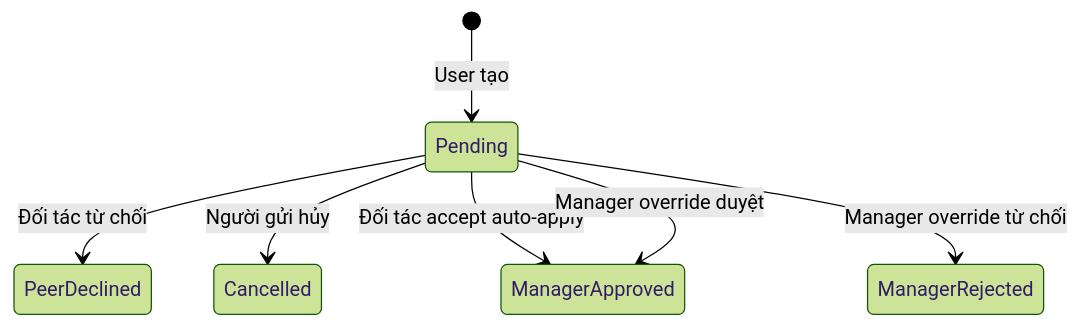
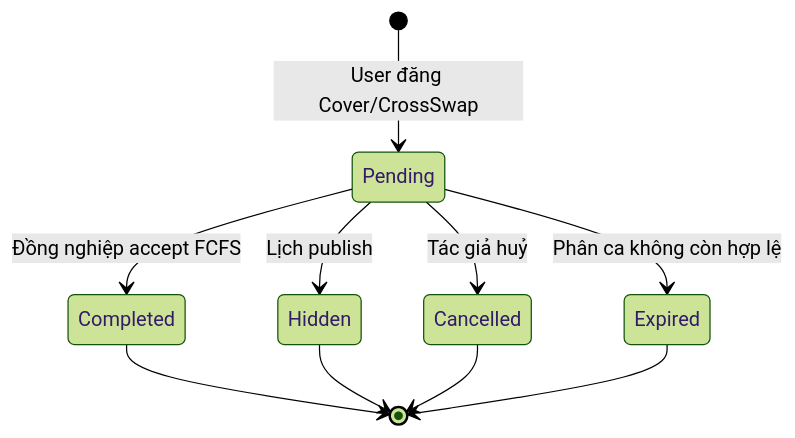
The eighth of 14 diagrams in docs/vi/process-flows.md (darrenak403/wokki-server), drawn with Mermaid (forest theme) before and after one commit. The commit also changed other lines of this file and 86 other files, not shown here.

````diff
--- a/docs/vi/process-flows.md
+++ b/docs/vi/process-flows.md
@@ -151,9 +151,12 @@
 ```mermaid
 stateDiagram-v2
-    [*] --> Pending: User tạo
-    Pending --> PeerDeclined: Đối tác từ chối
-    Pending --> Cancelled: Người gửi hủy
-    Pending --> ManagerApproved: Đối tác accept auto-apply
-    Pending --> ManagerApproved: Manager override duyệt
-    Pending --> ManagerRejected: Manager override từ chối
+    [*] --> Pending: User đăng Cover/CrossSwap
+    Pending --> Completed: Đồng nghiệp accept FCFS
+    Pending --> Cancelled: Tác giả huỷ
+    Pending --> Hidden: Lịch publish
+    Pending --> Expired: Phân ca không còn hợp lệ
+    Completed --> [*]
+    Hidden --> [*]
+    Cancelled --> [*]
+    Expired --> [*]
 ```
````
